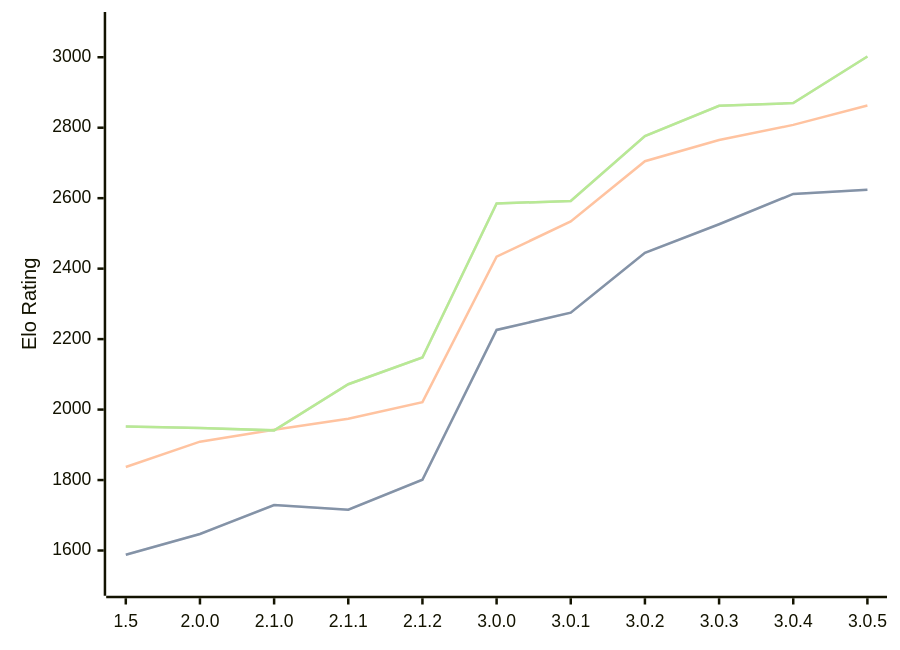
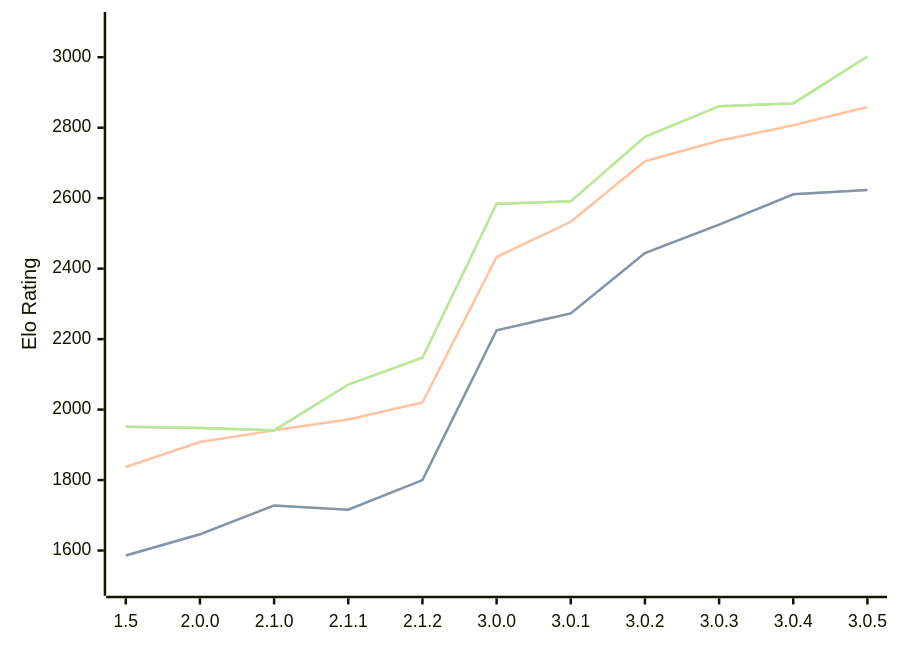
One commit to computer-chess-index/cci changed the diagram in engines/Rudim.md. Above: the diagram before and after it, drawn with Mermaid. The commit also changed other lines of this file, not shown here.

Commit message:
Update CCI Ratings (ELO VLTC) - 2026-08-04

````diff
--- a/engines/Rudim.md
+++ b/engines/Rudim.md
@@ -50,11 +50,11 @@
 ```mermaid
 %%{init: {"theme":"base","themeVariables":{"seriesColors:['#a3a3a3','#222221','#faa371']}}}%%
 xychart-beta
   x-axis ["1.5", "2.0.0", "2.1.0", "2.1.1", "2.1.2", "3.0.0", "3.0.1", "3.0.2", "3.0.3", "3.0.4", "3.0.5"]
   y-axis "Elo Rating" 1500 --> 3100
-  line "STC (8.0+0.08s)" [1588, 1647, 1729, 1716, 1801, 2226, 2275, 2445, 2526, 2612, 2624]
-  line "STC (8.0+0.08s)" [1588, 1647, 1729, 1716, 1801, 2226, 2275, 2445, 2526, 2612, 2624]
-  line "LTC (60.0+0.60s)" [1837, 1909, 1943, 1974, 2021, 2434, 2534, 2705, 2765, 2808, 2863]
-  line "VLTC (2m24s+1.12s)" [1952, 1948, 1941, 2072, 2148, 2585, 2592, 2776, 2862, 2870, 3002]
-  line "VLTC (2m24s+1.12s)" [1952, 1948, 1941, 2072, 2148, 2585, 2592, 2776, 2862, 2870, 3002]
+  line "STC (8.0+0.08s)" [1586, 1646, 1728, 1716, 1800, 2225, 2273, 2444, 2525, 2611, 2623]
+  line "STC (8.0+0.08s)" [1586, 1646, 1728, 1716, 1800, 2225, 2273, 2444, 2525, 2611, 2623]
+  line "LTC (60.0+0.60s)" [1837, 1908, 1941, 1972, 2020, 2433, 2533, 2705, 2763, 2807, 2859]
+  line "VLTC (2m24s+1.12s)" [1951, 1948, 1941, 2071, 2147, 2584, 2591, 2774, 2861, 2869, 3002]
+  line "VLTC (2m24s+1.12s)" [1951, 1948, 1941, 2071, 2147, 2584, 2591, 2774, 2861, 2869, 3002]
 ```
````
